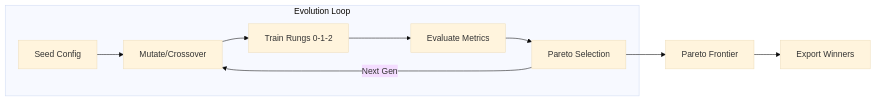
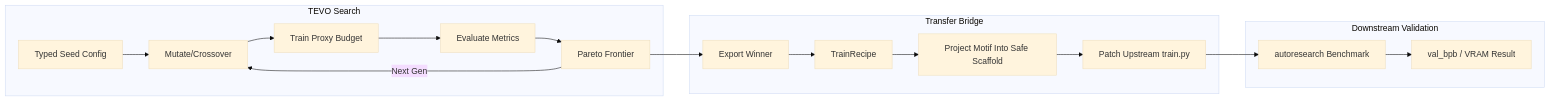
One commit to strangeloopcanon/tevo changed the diagram in README.md. Above: the diagram before and after it, drawn with Mermaid (base theme). The commit also changed other lines of this file, not shown here.

Commit message:
docs: clarify README search-transfer-validation framing (#34)

````diff
--- a/README.md
+++ b/README.md
@@ -118,12 +125,22 @@
 ```mermaid
 flowchart LR
-    subgraph evo [Evolution Loop]
-        SEED[Seed Config] --> MUT[Mutate/Crossover]
-        MUT --> TRAIN[Train Rungs 0-1-2]
+    subgraph evo [TEVO Search]
+        SEED[Typed Seed Config] --> MUT[Mutate/Crossover]
+        MUT --> TRAIN[Train Proxy Budget]
         TRAIN --> EVAL[Evaluate Metrics]
-        EVAL --> SELECT[Pareto Selection]
+        EVAL --> SELECT[Pareto Frontier]
         SELECT --> |Next Gen| MUT
     end
-    SELECT --> FRONTIER[Pareto Frontier]
-    FRONTIER --> EXPORT[Export Winners]
+    SELECT --> EXPORT[Export Winner]
+
+    subgraph bridge [Transfer Bridge]
+        EXPORT --> RECIPE[TrainRecipe]
+        RECIPE --> PROJECT[Project Motif Into Safe Scaffold]
+        PROJECT --> PATCH[Patch Upstream train.py]
+    end
+
+    subgraph judge [Downstream Validation]
+        PATCH --> BENCH[autoresearch Benchmark]
+        BENCH --> RESULT[val_bpb / VRAM Result]
+    end
 ```
````
